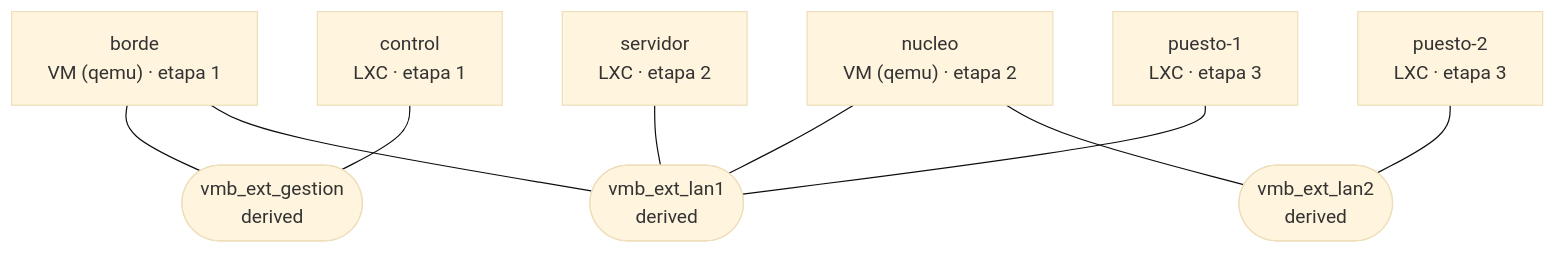
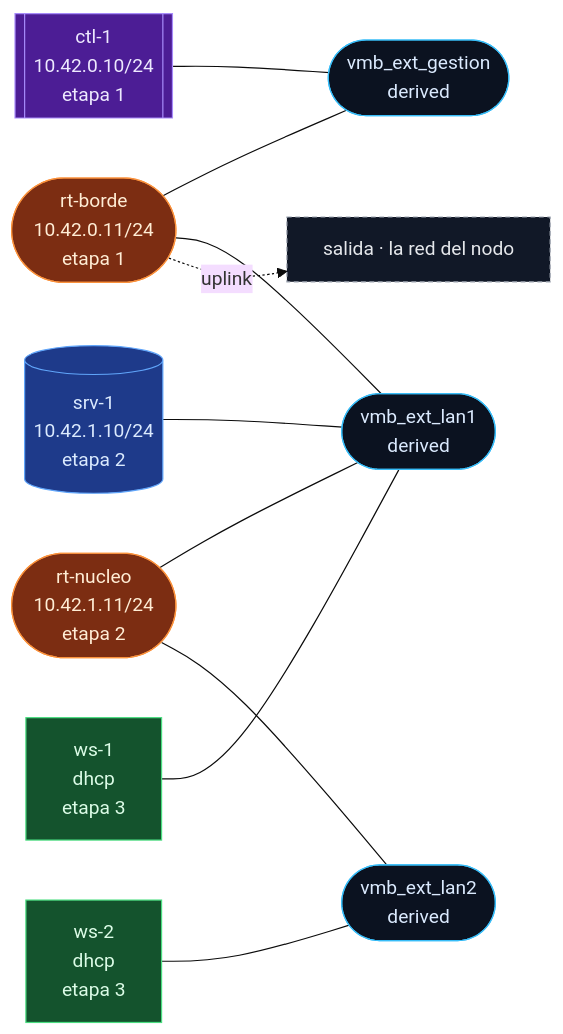
The diagram in labs/06_conectividad-exterior/06_conectividad-exterior.md (MagicJF/netlabs-iac), drawn with Mermaid (base theme) before and after one commit. The commit also changed other lines of this file and 24 other files, not shown here.

````diff
--- a/labs/06_conectividad-exterior/06_conectividad-exterior.md
+++ b/labs/06_conectividad-exterior/06_conectividad-exterior.md
@@ -22,20 +22,30 @@
 ```mermaid
-graph TD
-    b_vmb_ext_gestion(["vmb_ext_gestion<br/>derived"])
-    b_vmb_ext_lan1(["vmb_ext_lan1<br/>derived"])
-    b_vmb_ext_lan2(["vmb_ext_lan2<br/>derived"])
-    i_borde["borde<br/>VM (qemu) · etapa 1"]
+graph LR
+    classDef segmento fill:#0b1220,stroke:#38bdf8,color:#dbeafe;
+    classDef salida fill:#111827,stroke:#9ca3af,color:#e5e7eb,stroke-dasharray:4 3;
+    classDef rt fill:#7c2d12,stroke:#fb923c,color:#ffedd5;
+    classDef fw fill:#701a1a,stroke:#f87171,color:#fee2e2;
+    classDef sw fill:#134e4a,stroke:#2dd4bf,color:#ccfbf1;
+    classDef srv fill:#1e3a8a,stroke:#60a5fa,color:#dbeafe;
+    classDef ws fill:#14532d,stroke:#4ade80,color:#dcfce7;
+    classDef ctl fill:#4c1d95,stroke:#a78bfa,color:#ede9fe;
+    b_vmb_ext_gestion(["vmb_ext_gestion<br/>derived"]):::segmento
+    b_vmb_ext_lan1(["vmb_ext_lan1<br/>derived"]):::segmento
+    b_vmb_ext_lan2(["vmb_ext_lan2<br/>derived"]):::segmento
+    salida["salida · la red del nodo"]:::salida
+    i_borde(["rt-borde<br/>10.42.0.11/24<br/>etapa 1"]):::rt
     i_borde --- b_vmb_ext_gestion
     i_borde --- b_vmb_ext_lan1
-    i_control["control<br/>LXC · etapa 1"]
+    i_borde -.->|uplink| salida
+    i_control[["ctl-1<br/>10.42.0.10/24<br/>etapa 1"]]:::ctl
     i_control --- b_vmb_ext_gestion
-    i_nucleo["nucleo<br/>VM (qemu) · etapa 2"]
+    i_nucleo(["rt-nucleo<br/>10.42.1.11/24<br/>etapa 2"]):::rt
     i_nucleo --- b_vmb_ext_lan1
     i_nucleo --- b_vmb_ext_lan2
-    i_servidor["servidor<br/>LXC · etapa 2"]
+    i_servidor[("srv-1<br/>10.42.1.10/24<br/>etapa 2")]:::srv
     i_servidor --- b_vmb_ext_lan1
-    i_puesto_1["puesto-1<br/>LXC · etapa 3"]
+    i_puesto_1["ws-1<br/>dhcp<br/>etapa 3"]:::ws
     i_puesto_1 --- b_vmb_ext_lan1
-    i_puesto_2["puesto-2<br/>LXC · etapa 3"]
+    i_puesto_2["ws-2<br/>dhcp<br/>etapa 3"]:::ws
     i_puesto_2 --- b_vmb_ext_lan2
 ```
````
